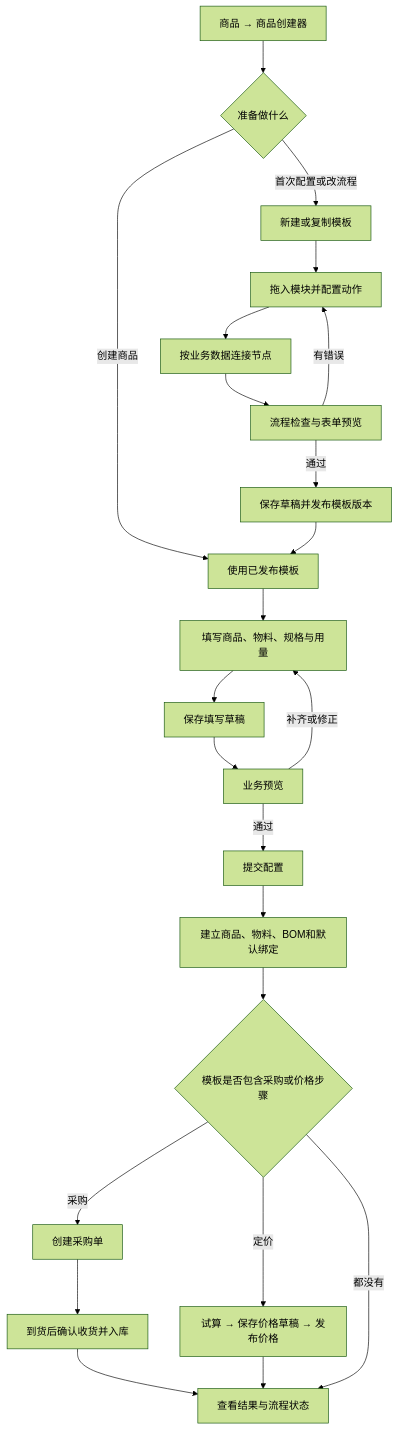
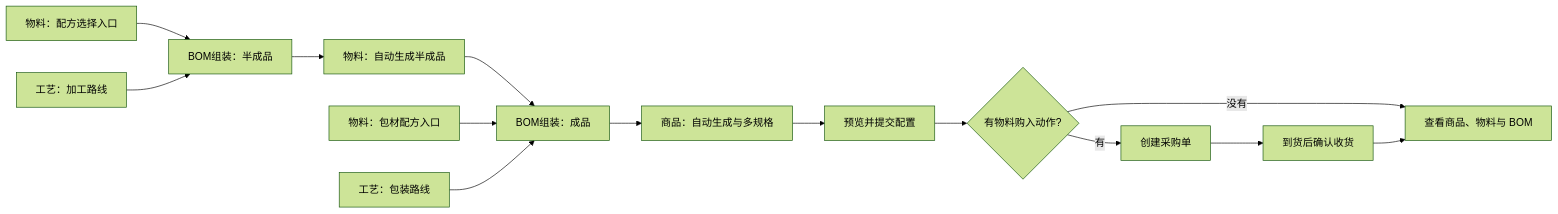
The diagram in orderapp-remote/docs/OP_MANUAL_PRODUCT_CREATOR.md (Backstage2539/KFerp), drawn with Mermaid (forest theme) before and after one commit. The commit also changed other lines of this file and 29 other files, not shown here.

Commit message:
feat: center product creator templates on BOM flows

````diff
--- a/orderapp-remote/docs/OP_MANUAL_PRODUCT_CREATOR.md
+++ b/orderapp-remote/docs/OP_MANUAL_PRODUCT_CREATOR.md
@@ -7,25 +9,16 @@
 ```mermaid
-flowchart TD
-  A[商品 → 商品创建器] --> B{准备做什么}
-  B -->|首次配置或改流程| C[新建或复制模板]
-  C --> D[拖入模块并配置动作]
-  D --> E[按业务数据连接节点]
-  E --> F[流程检查与表单预览]
-  F -->|有错误| D
-  F -->|通过| G[保存草稿并发布模板版本]
-  B -->|创建商品| H[使用已发布模板]
-  G --> H
-  H --> I[填写商品、物料、规格与用量]
-  I --> J[保存填写草稿]
-  J --> K[业务预览]
-  K -->|补齐或修正| I
-  K -->|通过| L[提交配置]
-  L --> M[建立商品、物料、BOM和默认绑定]
-  M --> N{模板是否包含采购或价格步骤}
-  N -->|采购| O[创建采购单]
-  O --> P[到货后确认收货并入库]
-  N -->|定价| Q[试算 → 保存价格草稿 → 发布价格]
-  P --> R[查看结果与流程状态]
-  Q --> R
-  N -->|都没有| R
+flowchart LR
+  A[物料：配方选择入口] --> B[BOM组装：半成品]
+  P[工艺：加工路线] --> B
+  B --> C[物料：自动生成半成品]
+  C --> D[BOM组装：成品]
+  E[物料：包材配方入口] --> D
+  Q[工艺：包装路线] --> D
+  D --> F[商品：自动生成与多规格]
+  F --> G[预览并提交配置]
+  G --> H{有物料购入动作?}
+  H -->|有| I[创建采购单]
+  I --> J[到货后确认收货]
+  H -->|没有| K[查看商品、物料与 BOM]
+  J --> K
 ```
````
